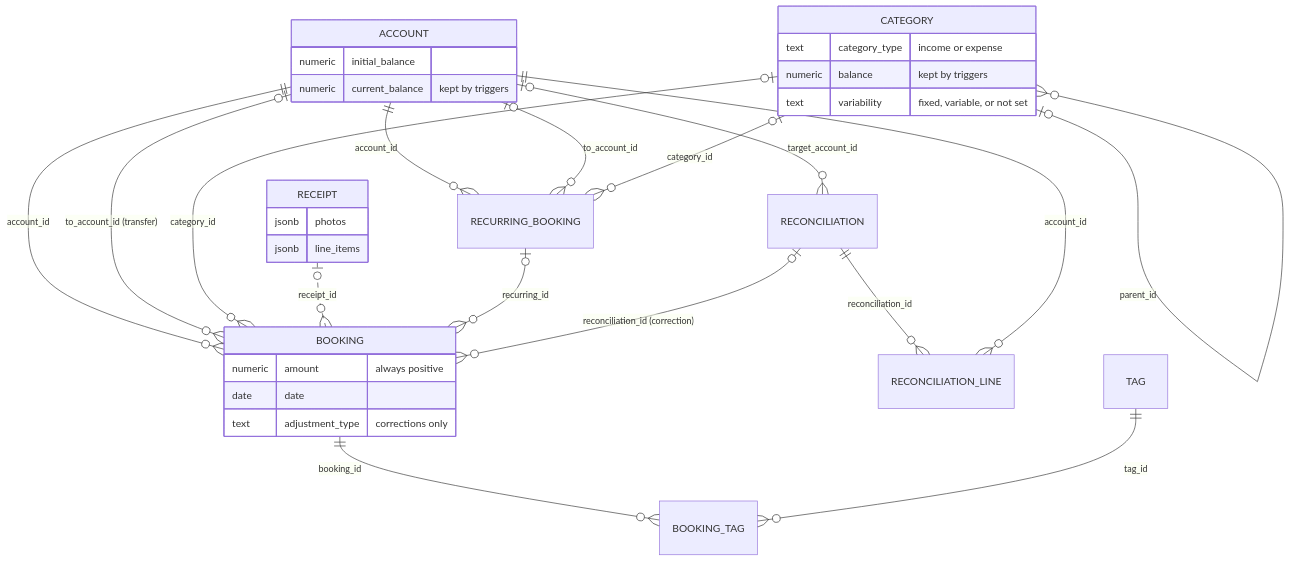
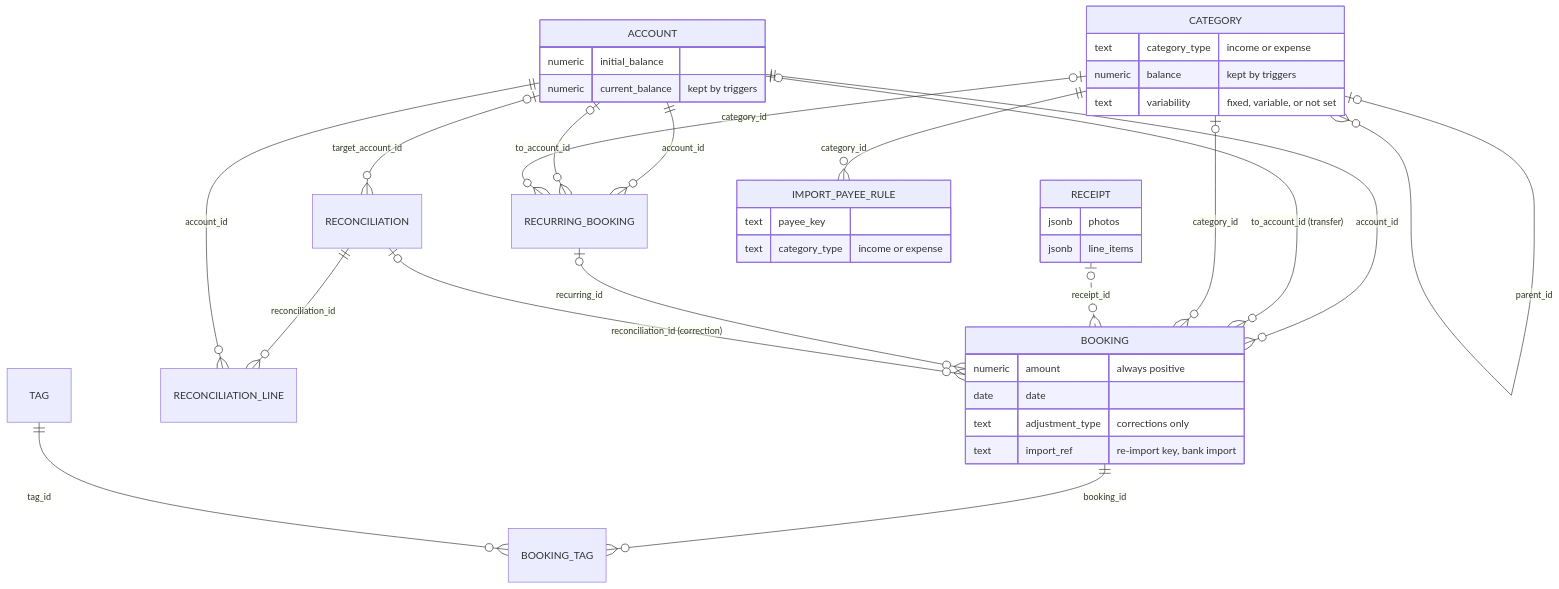
The diagram in src/diagrams/db-ledger.mmd (GeraldGmainer/moneykoi-docs), drawn with Mermaid before and after one commit. The commit also changed 14 other files, not shown here.

Commit message:
data: bank CSV import — saved formats, learned payees, re-import key, balance compare, open-with, reminder

```diff
--- a/src/diagrams/db-ledger.mmd
+++ b/src/diagrams/db-ledger.mmd
@@ -1,34 +1,40 @@
 erDiagram
   CATEGORY |o--o{ CATEGORY : "parent_id"
   ACCOUNT ||--o{ BOOKING : "account_id"
   ACCOUNT |o--o{ BOOKING : "to_account_id (transfer)"
   CATEGORY |o--o{ BOOKING : "category_id"
   RECEIPT |o..o{ BOOKING : "receipt_id"
   RECURRING_BOOKING |o--o{ BOOKING : "recurring_id"
   RECONCILIATION |o--o{ BOOKING : "reconciliation_id (correction)"
   ACCOUNT ||--o{ RECURRING_BOOKING : "account_id"
   ACCOUNT |o--o{ RECURRING_BOOKING : "to_account_id"
   CATEGORY |o--o{ RECURRING_BOOKING : "category_id"
   RECONCILIATION ||--o{ RECONCILIATION_LINE : "reconciliation_id"
   ACCOUNT ||--o{ RECONCILIATION_LINE : "account_id"
   ACCOUNT |o--o{ RECONCILIATION : "target_account_id"
   BOOKING ||--o{ BOOKING_TAG : "booking_id"
   TAG ||--o{ BOOKING_TAG : "tag_id"
+  CATEGORY ||--o{ IMPORT_PAYEE_RULE : "category_id"
   ACCOUNT {
     numeric initial_balance
     numeric current_balance "kept by triggers"
   }
   CATEGORY {
     text category_type "income or expense"
     numeric balance "kept by triggers"
     text variability "fixed, variable, or not set"
   }
   BOOKING {
     numeric amount "always positive"
     date date
     text adjustment_type "corrections only"
+    text import_ref "re-import key, bank import"
+  }
+  IMPORT_PAYEE_RULE {
+    text payee_key
+    text category_type "income or expense"
   }
   RECEIPT {
     jsonb photos
     jsonb line_items
   }
```
